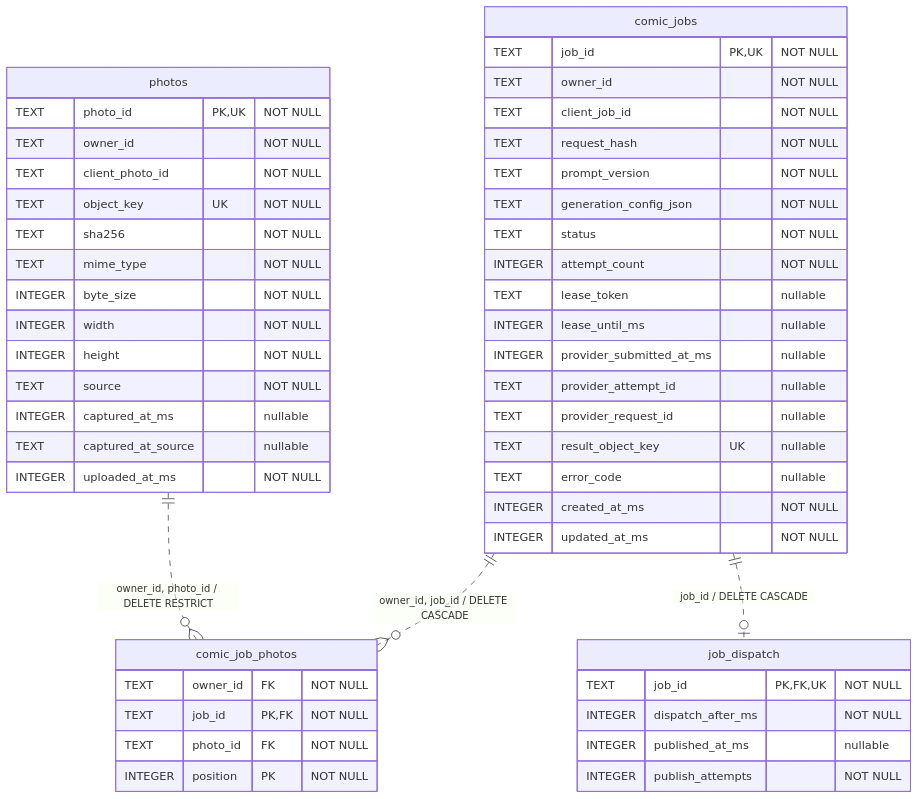
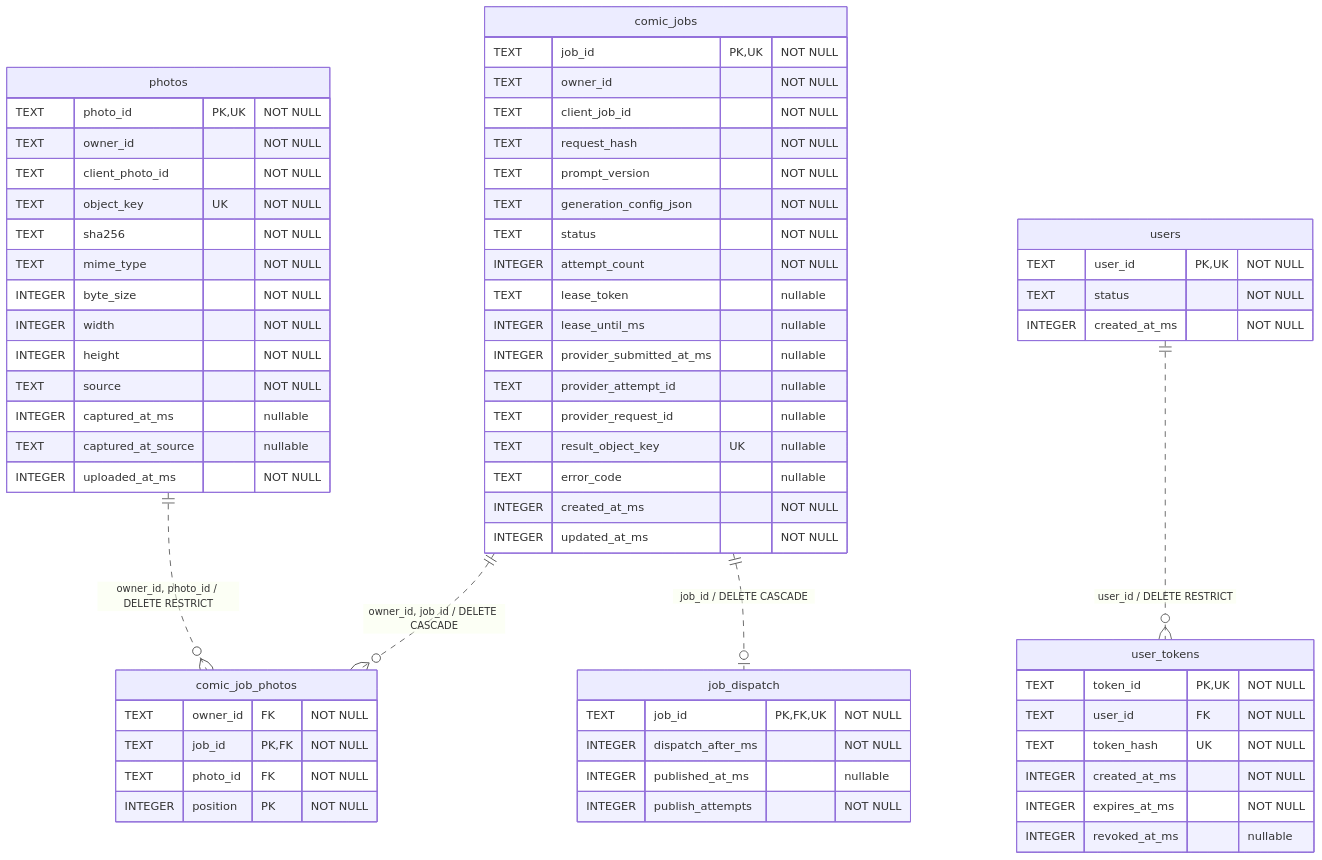
The diagram in skills/deploy_cloudflare/references/schema.mmd (HaomingJu/LookMe-Worker), drawn with Mermaid before and after one commit. The commit also changed 19 other files, not shown here.

```diff
--- a/skills/deploy_cloudflare/references/schema.mmd
+++ b/skills/deploy_cloudflare/references/schema.mmd
@@ -1,50 +1,64 @@
 erDiagram
     comic_job_photos {
         TEXT owner_id FK "NOT NULL"
         TEXT job_id PK,FK "NOT NULL"
         TEXT photo_id FK "NOT NULL"
         INTEGER position PK "NOT NULL"
     }
     comic_jobs {
         TEXT job_id PK,UK "NOT NULL"
         TEXT owner_id "NOT NULL"
         TEXT client_job_id "NOT NULL"
         TEXT request_hash "NOT NULL"
         TEXT prompt_version "NOT NULL"
         TEXT generation_config_json "NOT NULL"
         TEXT status "NOT NULL"
         INTEGER attempt_count "NOT NULL"
         TEXT lease_token "nullable"
         INTEGER lease_until_ms "nullable"
         INTEGER provider_submitted_at_ms "nullable"
         TEXT provider_attempt_id "nullable"
         TEXT provider_request_id "nullable"
         TEXT result_object_key UK "nullable"
         TEXT error_code "nullable"
         INTEGER created_at_ms "NOT NULL"
         INTEGER updated_at_ms "NOT NULL"
     }
     job_dispatch {
         TEXT job_id PK,FK,UK "NOT NULL"
         INTEGER dispatch_after_ms "NOT NULL"
         INTEGER published_at_ms "nullable"
         INTEGER publish_attempts "NOT NULL"
     }
     photos {
         TEXT photo_id PK,UK "NOT NULL"
         TEXT owner_id "NOT NULL"
         TEXT client_photo_id "NOT NULL"
         TEXT object_key UK "NOT NULL"
         TEXT sha256 "NOT NULL"
         TEXT mime_type "NOT NULL"
         INTEGER byte_size "NOT NULL"
         INTEGER width "NOT NULL"
         INTEGER height "NOT NULL"
         TEXT source "NOT NULL"
         INTEGER captured_at_ms "nullable"
         TEXT captured_at_source "nullable"
         INTEGER uploaded_at_ms "NOT NULL"
     }
+    user_tokens {
+        TEXT token_id PK,UK "NOT NULL"
+        TEXT user_id FK "NOT NULL"
+        TEXT token_hash UK "NOT NULL"
+        INTEGER created_at_ms "NOT NULL"
+        INTEGER expires_at_ms "NOT NULL"
+        INTEGER revoked_at_ms "nullable"
+    }
+    users {
+        TEXT user_id PK,UK "NOT NULL"
+        TEXT status "NOT NULL"
+        INTEGER created_at_ms "NOT NULL"
+    }
     photos ||..o{ comic_job_photos : "owner_id, photo_id / DELETE RESTRICT"
     comic_jobs ||..o{ comic_job_photos : "owner_id, job_id / DELETE CASCADE"
     comic_jobs ||..o| job_dispatch : "job_id / DELETE CASCADE"
+    users ||..o{ user_tokens : "user_id / DELETE RESTRICT"
```
